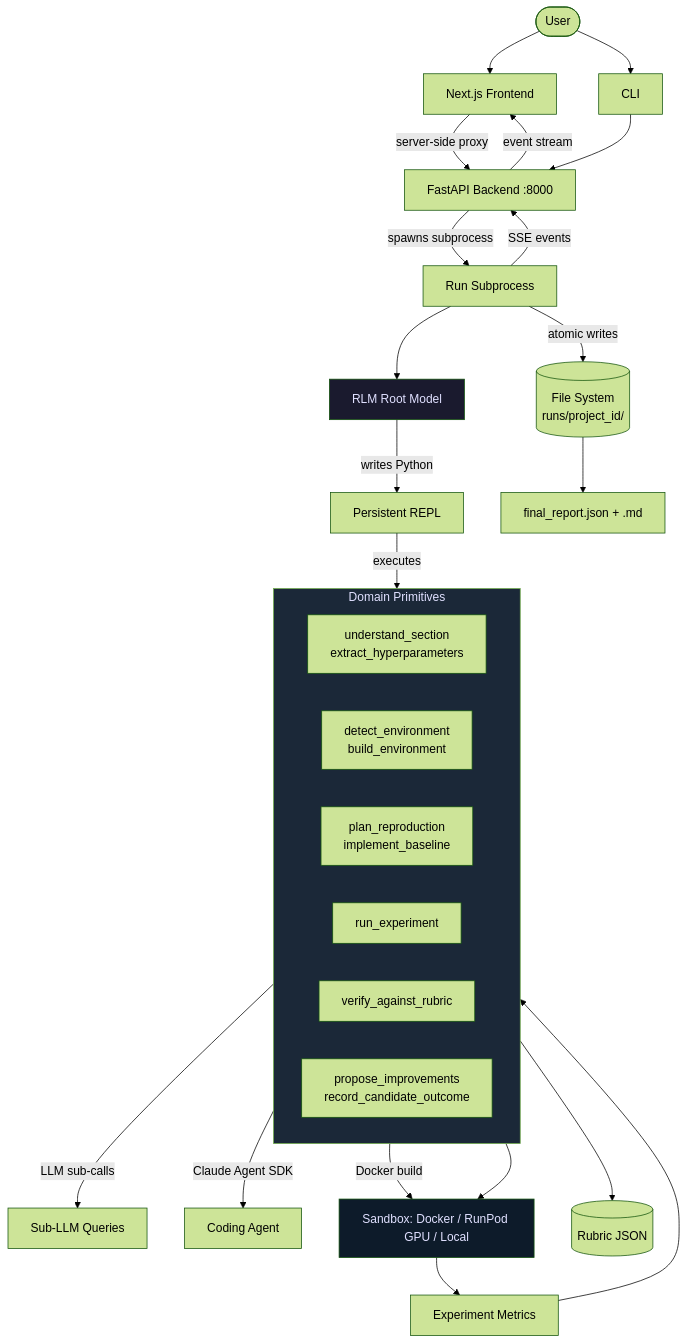
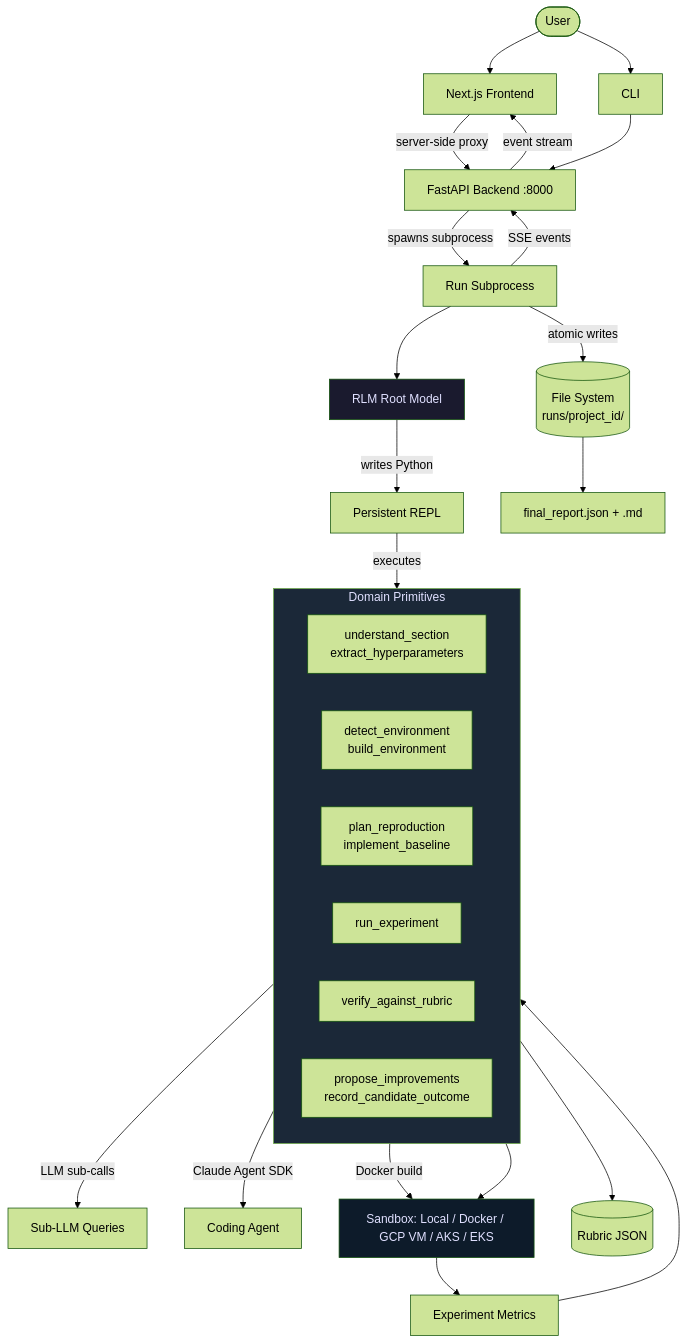
One commit to armaanamatya/openresearch changed the diagram in README.md. Above: the diagram before and after it, drawn with Mermaid (forest theme). The commit also changed other lines of this file and 99 other files, not shown here.

First line of the commit message:
Remove RunPod/Brev/Railway on the consolidation trunk; keep AWS/EKS + Azure/AKS; park GKE

````diff
--- a/README.md
+++ b/README.md
@@ -24,44 +24,44 @@
 ```mermaid
 flowchart TD
     User([User]) --> UI[Next.js Frontend]
     User --> CLI[CLI]
 
     UI -->|server-side proxy| API[FastAPI Backend :8000]
     CLI --> API
 
     API -->|spawns subprocess| Run[Run Subprocess]
 
     Run --> RLM[RLM Root Model]
 
     RLM -->|writes Python| REPL[Persistent REPL]
     REPL -->|executes| Primitives
 
     subgraph Primitives[Domain Primitives]
         direction LR
         Understand[understand_section\nextract_hyperparameters]
         Env[detect_environment\nbuild_environment]
         Impl[plan_reproduction\nimplement_baseline]
         Exec[run_experiment]
         Score[verify_against_rubric]
         Improve[propose_improvements\nrecord_candidate_outcome]
     end
 
     Understand -->|LLM sub-calls| SubLLM[Sub-LLM Queries]
     Impl -->|Claude Agent SDK| Coder[Coding Agent]
     Env -->|Docker build| Sandbox
-    Exec --> Sandbox[Sandbox: Docker / RunPod GPU / Local]
+    Exec --> Sandbox[Sandbox: Local / Docker / GCP VM / AKS / EKS]
 
     Score --> Rubric[(Rubric JSON)]
     Sandbox --> Metrics[Experiment Metrics]
     Metrics --> Score
 
     Run -->|SSE events| API
     API -->|event stream| UI
 
     Run -->|atomic writes| FS[(File System\nruns/project_id/)]
     FS --> Report[final_report.json + .md]
 
     style RLM fill:#1a1a2e,color:#e0e0ff
     style Sandbox fill:#0d1b2a,color:#e0e0ff
     style Primitives fill:#1b2838,color:#e0e0ff
 ```
````
